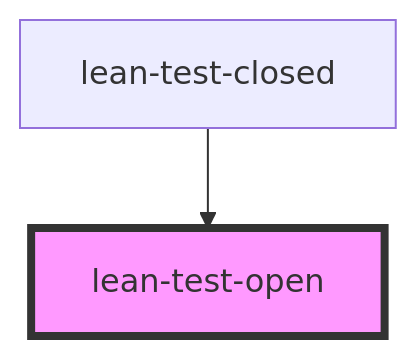
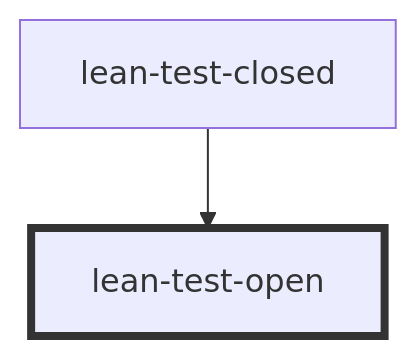
The diagram in packages/components/src/components/test/readme.md (leanupjs/kolibri), drawn with Mermaid before and after one commit. The commit also changed 138 other files, not shown here.

````diff
--- a/packages/components/src/components/test/readme.md
+++ b/packages/components/src/components/test/readme.md
@@ -62,5 +62,5 @@
 ```mermaid
 graph TD;
   lean-test-closed --> lean-test-open
-  style lean-test-open fill:#f9f,stroke:#333,stroke-width:4px
+  style lean-test-open stroke:#333,stroke-width:4px
 ```
````
